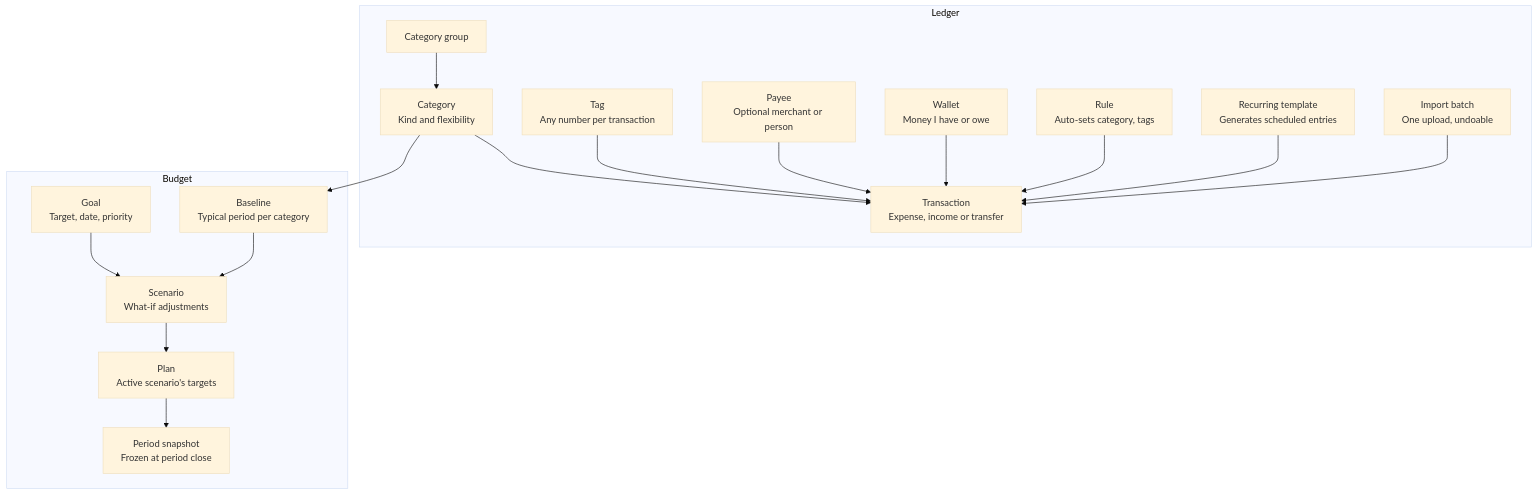
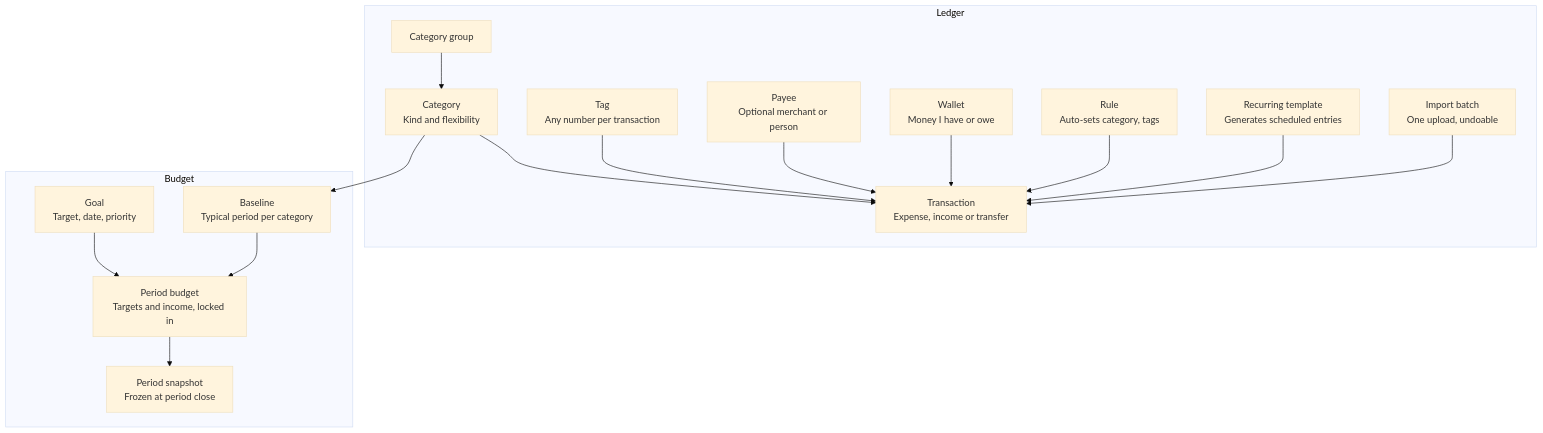
Before and after one commit to MAlejandroVC/mirador: the first of 2 diagrams in docs/requirements.md, drawn with Mermaid (base theme). The commit also changed other lines of this file and 96 other files, not shown here.

````diff
--- a/docs/requirements.md
+++ b/docs/requirements.md
@@ -106,34 +107,32 @@
 ```mermaid
 flowchart TB
   subgraph Ledger
     importBatch["Import batch<br/>One upload, undoable"]
     recurring["Recurring template<br/>Generates scheduled entries"]
     rule["Rule<br/>Auto-sets category, tags"]
     wallet["Wallet<br/>Money I have or owe"]
     transaction["Transaction<br/>Expense, income or transfer"]
     payee["Payee<br/>Optional merchant or person"]
     group["Category group"]
     category["Category<br/>Kind and flexibility"]
     tag["Tag<br/>Any number per transaction"]
   end
   subgraph Budget
     baseline["Baseline<br/>Typical period per category"]
-    scenario["Scenario<br/>What-if adjustments"]
     goal["Goal<br/>Target, date, priority"]
-    plan["Plan<br/>Active scenario's targets"]
+    periodBudget["Period budget<br/>Targets and income, locked in"]
     snapshot["Period snapshot<br/>Frozen at period close"]
   end
   importBatch --> transaction
   recurring --> transaction
   rule --> transaction
   wallet --> transaction
   payee --> transaction
   tag --> transaction
   category --> transaction
   group --> category
   category --> baseline
-  baseline --> scenario
-  goal --> scenario
-  scenario --> plan
-  plan --> snapshot
+  baseline --> periodBudget
+  goal --> periodBudget
+  periodBudget --> snapshot
 ```
````
